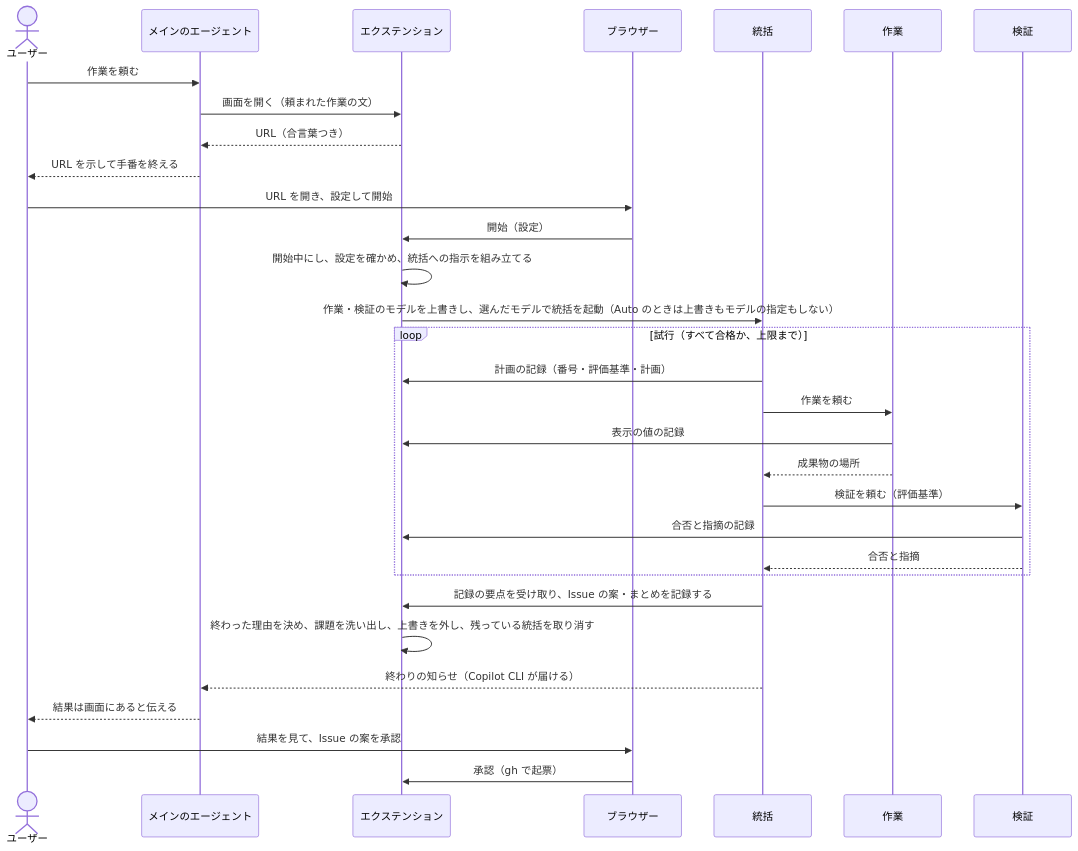
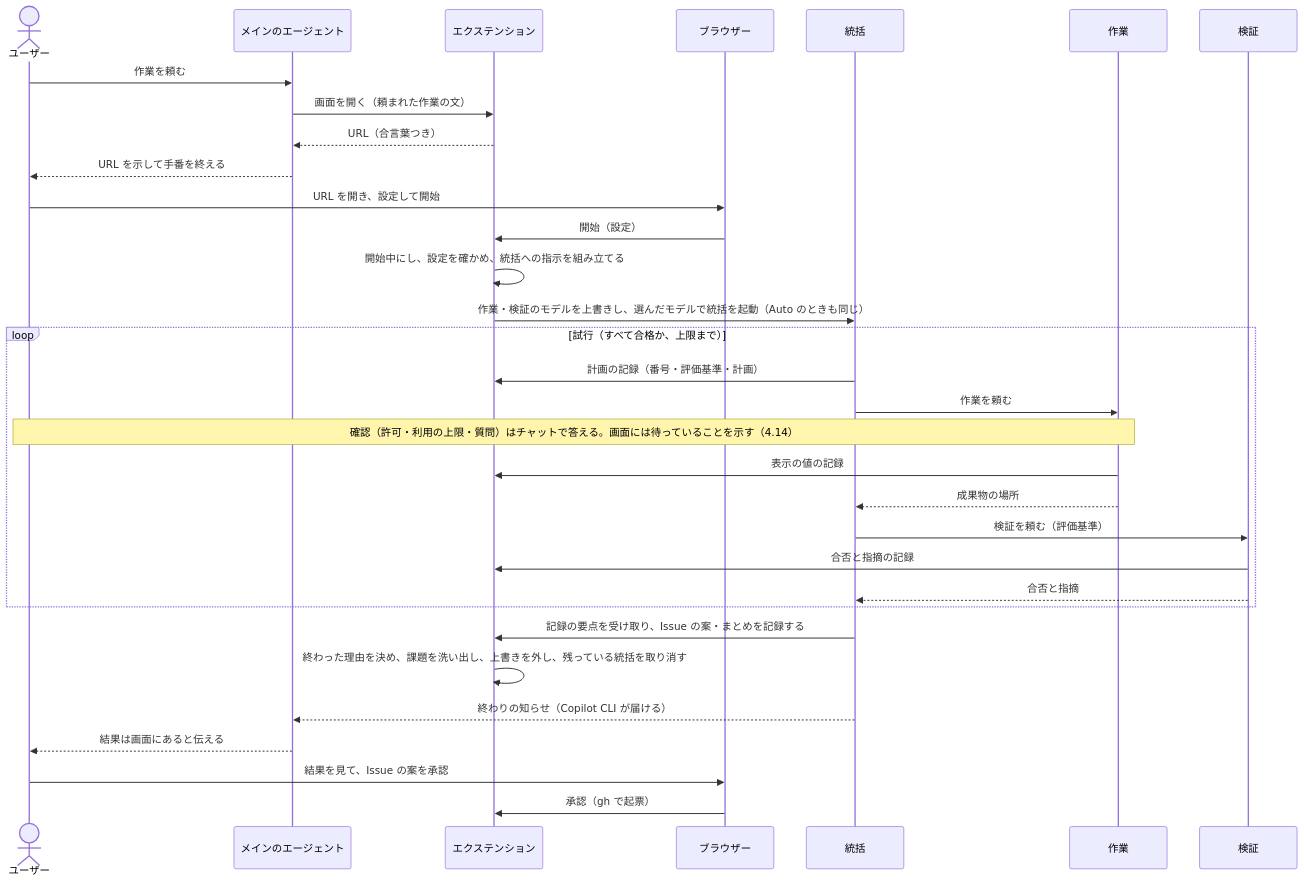
The second of 4 diagrams in docs/design/generated-plugin-structure.md (imaeda-hub/plugin-creater), drawn with Mermaid before and after one commit. The commit also changed other lines of this file and 4 other files, not shown here.

````diff
--- a/docs/design/generated-plugin-structure.md
+++ b/docs/design/generated-plugin-structure.md
@@ -486,34 +485,35 @@
 ```mermaid
 sequenceDiagram
   actor U as ユーザー
   participant M as メインのエージェント
   participant E as エクステンション
   participant B as ブラウザー
   participant O as 統括
   participant W as 作業
   participant V as 検証
 
   U->>M: 作業を頼む
   M->>E: 画面を開く（頼まれた作業の文）
   E-->>M: URL（合言葉つき）
   M-->>U: URL を示して手番を終える
   U->>B: URL を開き、設定して開始
   B->>E: 開始（設定）
   E->>E: 開始中にし、設定を確かめ、統括への指示を組み立てる
-  E->>O: 作業・検証のモデルを上書きし、選んだモデルで統括を起動（Auto のときは上書きもモデルの指定もしない）
+  E->>O: 作業・検証のモデルを上書きし、選んだモデルで統括を起動（Auto のときも同じ）
   loop 試行（すべて合格か、上限まで）
     O->>E: 計画の記録（番号・評価基準・計画）
     O->>W: 作業を頼む
+    Note over U,W: 確認（許可・利用の上限・質問）はチャットで答える。画面には待っていることを示す（4.14）
     W->>E: 表示の値の記録
     W-->>O: 成果物の場所
     O->>V: 検証を頼む（評価基準）
     V->>E: 合否と指摘の記録
     V-->>O: 合否と指摘
   end
   O->>E: 記録の要点を受け取り、Issue の案・まとめを記録する
   E->>E: 終わった理由を決め、課題を洗い出し、上書きを外し、残っている統括を取り消す
   O-->>M: 終わりの知らせ（Copilot CLI が届ける）
   M-->>U: 結果は画面にあると伝える
   U->>B: 結果を見て、Issue の案を承認
   B->>E: 承認（gh で起票）
 ```
````
